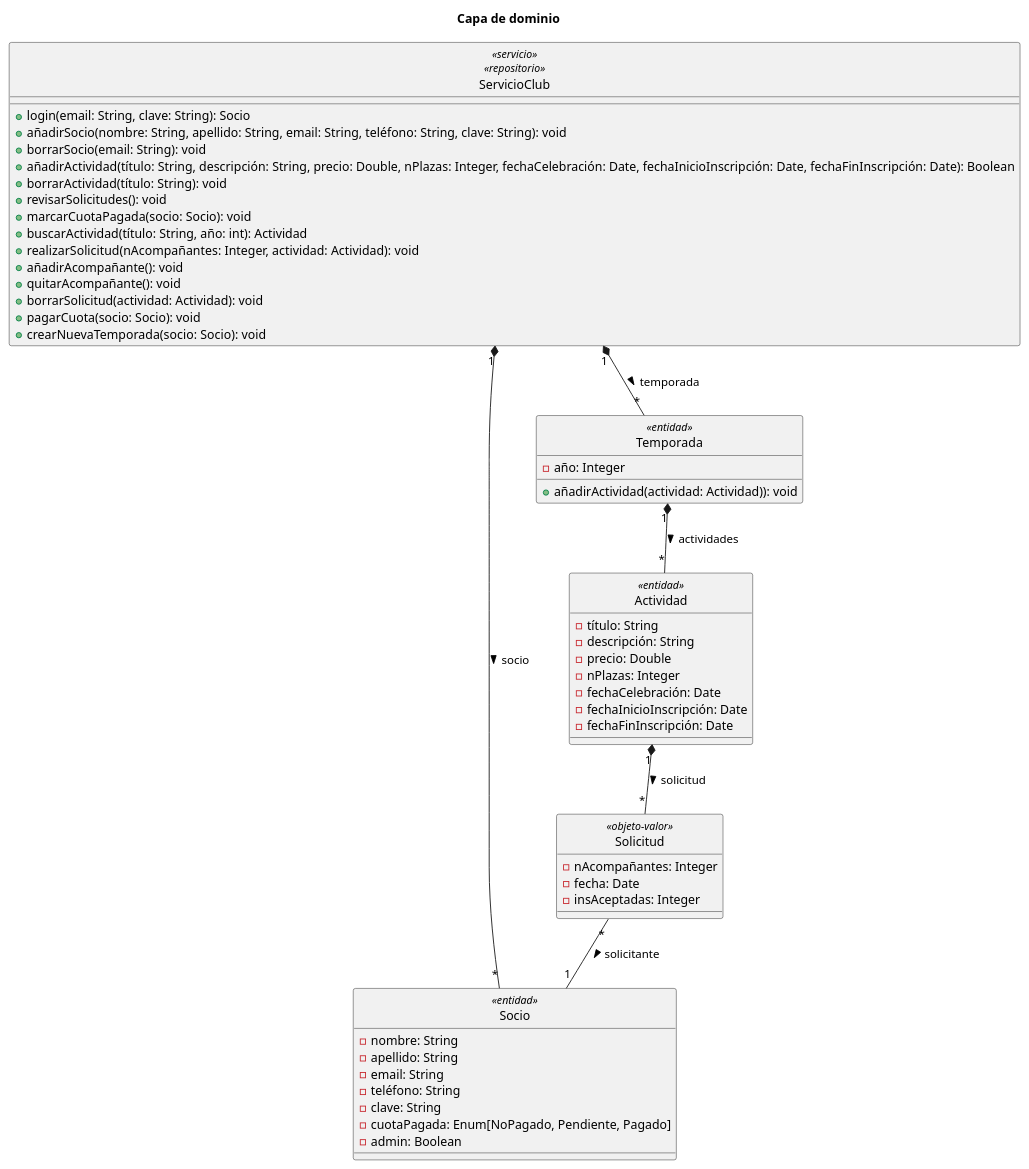
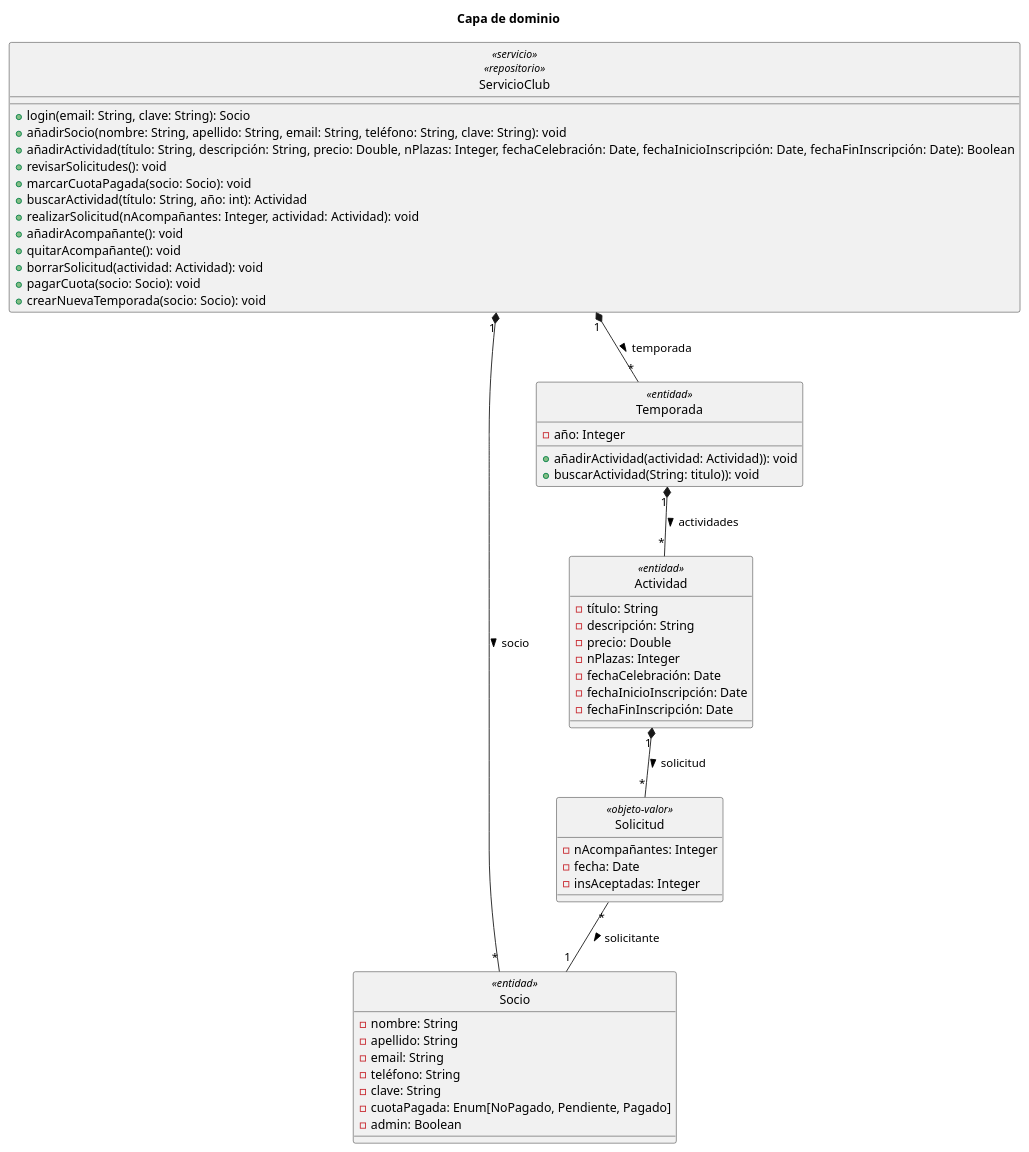
Before and after one commit to fjja0004/DAE-2024-fjja0004-scr00043-jfb00009: the diagram in diagramaDominio.puml, drawn with PlantUML. The commit also changed 3 other files, not shown here.

```diff
--- a/diagramaDominio.puml
+++ b/diagramaDominio.puml
@@ -1,61 +1,60 @@
 @startuml
 title "Capa de dominio"
 hide circle
 'skinparam classAttributeIconSize 0
 
 class ServicioClub <<servicio>> <<repositorio>> {
     + login(email: String, clave: String): Socio
     + añadirSocio(nombre: String, apellido: String, email: String, teléfono: String, clave: String): void
-    + borrarSocio(email: String): void
     + añadirActividad(título: String, descripción: String, precio: Double, nPlazas: Integer, fechaCelebración: Date, fechaInicioInscripción: Date, fechaFinInscripción: Date): Boolean
-    + borrarActividad(título: String): void
     + revisarSolicitudes(): void
     + marcarCuotaPagada(socio: Socio): void
     + buscarActividad(título: String, año: int): Actividad
     + realizarSolicitud(nAcompañantes: Integer, actividad: Actividad): void
     + añadirAcompañante(): void
     + quitarAcompañante(): void
     + borrarSolicitud(actividad: Actividad): void
     + pagarCuota(socio: Socio): void
     + crearNuevaTemporada(socio: Socio): void
 }
 
 class Socio <<entidad>> {
 - nombre: String
 - apellido: String
 - email: String
 - teléfono: String
 - clave: String
 - cuotaPagada: Enum[NoPagado, Pendiente, Pagado]
 - admin: Boolean
 }
 
 class Actividad <<entidad>> {
 - título: String
 - descripción: String
 - precio: Double
 - nPlazas: Integer
 - fechaCelebración: Date
 - fechaInicioInscripción: Date
 - fechaFinInscripción: Date
 }
 
 class Solicitud <<objeto-valor>> {
 - nAcompañantes: Integer
 - fecha: Date
 - insAceptadas: Integer
 }
 
 class Temporada <<entidad>> {
 - año: Integer
     + añadirActividad(actividad: Actividad)): void
+    + buscarActividad(String: titulo)): void
 
 }
 
 Solicitud "*" -- "1" Socio : > solicitante
 Actividad "1" *-- "*" Solicitud : > solicitud
 Temporada "1" *-- "*" Actividad : > actividades
 ServicioClub "1" *-- "*" Socio : > socio
 ServicioClub "1" *-- "*" Temporada : > temporada
 
 @enduml
```
